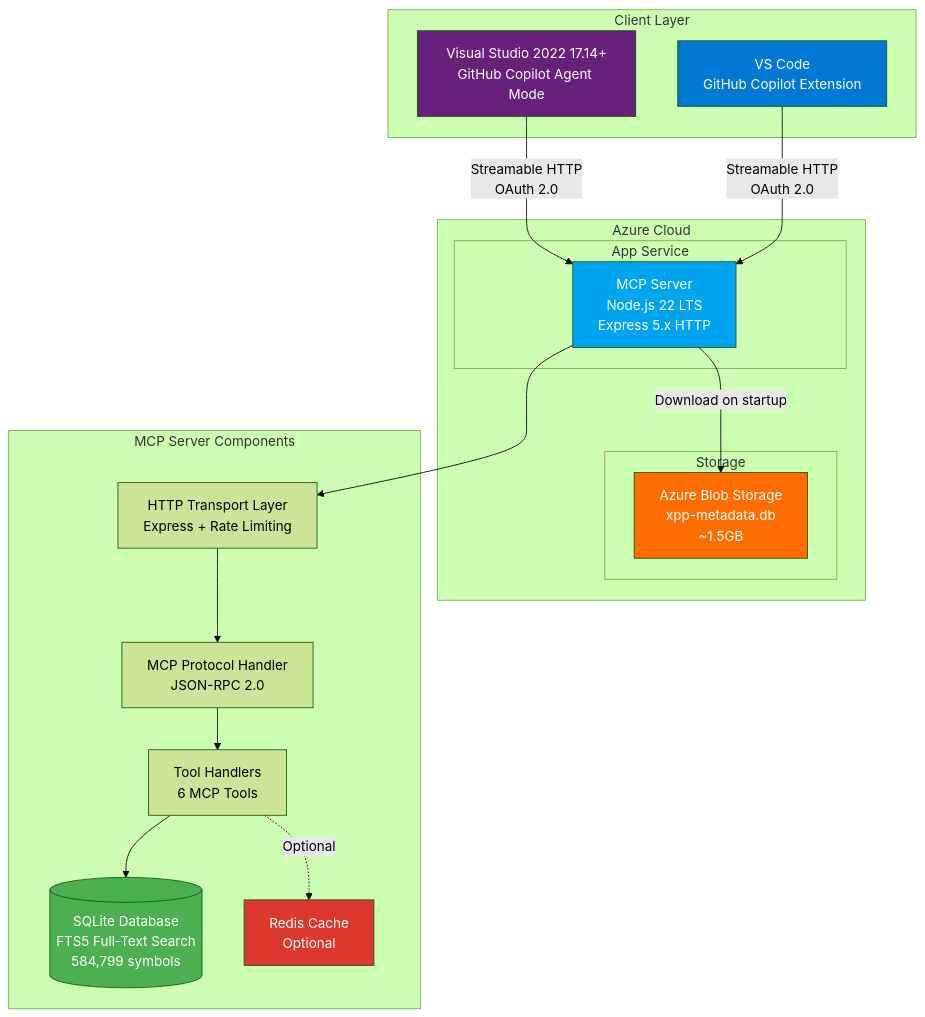
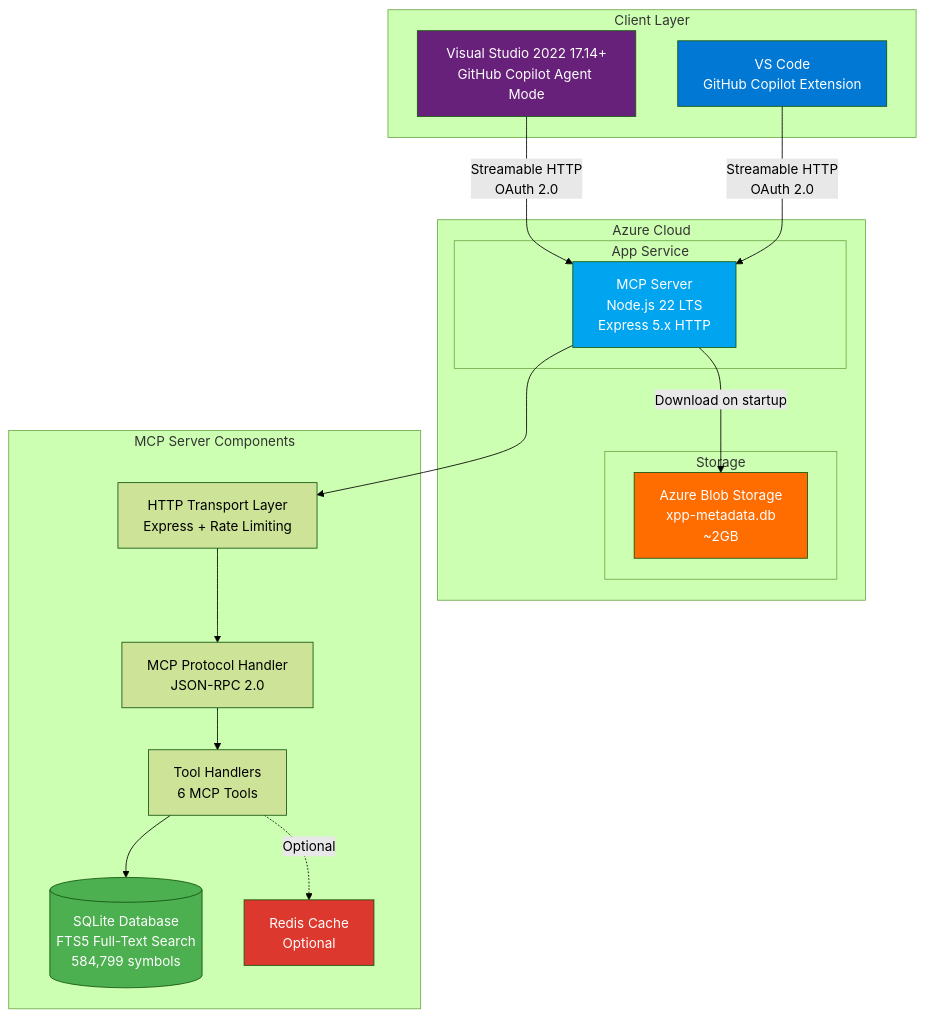
Before and after one commit to dynamics365ninja/d365fo-mcp-server: the first of 16 diagrams in docs/ARCHITECTURE.md, drawn with Mermaid (forest theme). The commit also changed other lines of this file and 1 other file, not shown here.

Commit message:
docs: update xpp-metadata.db size from ~1.5GB to ~2GB

````diff
--- a/docs/ARCHITECTURE.md
+++ b/docs/ARCHITECTURE.md
@@ -18,41 +18,41 @@
 ```mermaid
 graph TB
     subgraph "Client Layer"
         VS[Visual Studio 2022 17.14+<br/>GitHub Copilot Agent Mode]
         VSCODE[VS Code<br/>GitHub Copilot Extension]
     end
 
     subgraph "Azure Cloud"
         subgraph "App Service"
             MCP[MCP Server<br/>Node.js 22 LTS<br/>Express 5.x HTTP]
         end
         
         subgraph "Storage"
-            BLOB[Azure Blob Storage<br/>xpp-metadata.db<br/>~1.5GB]
+            BLOB[Azure Blob Storage<br/>xpp-metadata.db<br/>~2GB]
         end
     end
 
     subgraph "MCP Server Components"
         HTTP[HTTP Transport Layer<br/>Express + Rate Limiting]
         PROTO[MCP Protocol Handler<br/>JSON-RPC 2.0]
         TOOLS[Tool Handlers<br/>6 MCP Tools]
         DB[(SQLite Database<br/>FTS5 Full-Text Search<br/>584,799 symbols)]
         CACHE[Redis Cache<br/>Optional]
     end
 
     VS -->|"Streamable HTTP<br/>OAuth 2.0"| MCP
     VSCODE -->|"Streamable HTTP<br/>OAuth 2.0"| MCP
     MCP -->|"Download on startup"| BLOB
     MCP --> HTTP
     HTTP --> PROTO
     PROTO --> TOOLS
     TOOLS --> DB
     TOOLS -.->|"Optional"| CACHE
     
     style VS fill:#68217A,color:#fff
     style VSCODE fill:#0078D4,color:#fff
     style MCP fill:#00A4EF,color:#fff
     style BLOB fill:#FF6C00,color:#fff
     style DB fill:#4CAF50,color:#fff
     style CACHE fill:#DC382D,color:#fff
 ```
````
